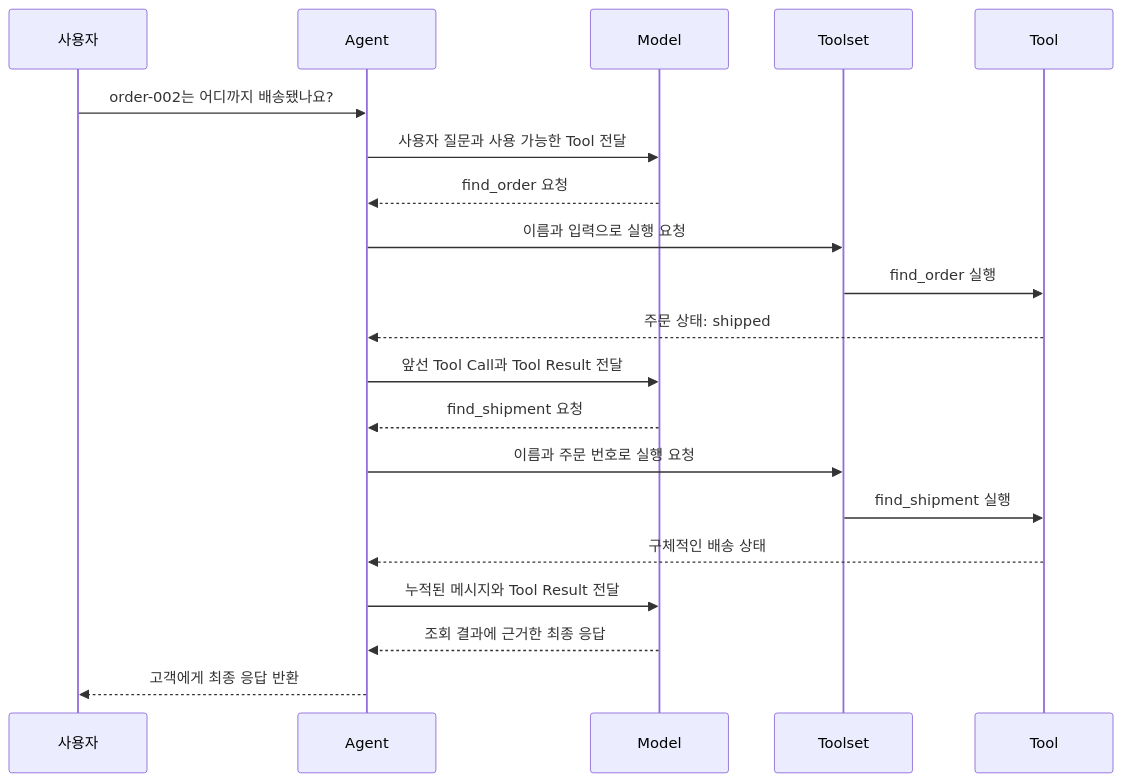
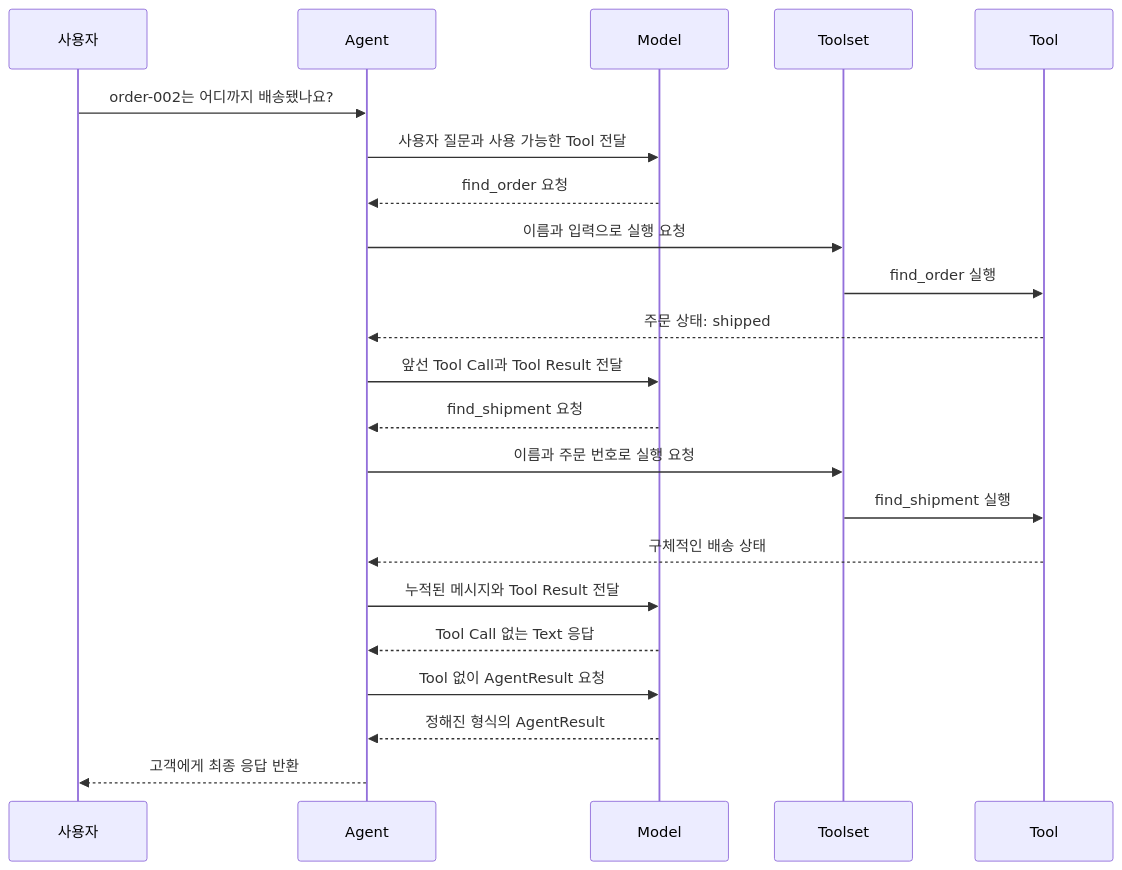
Before and after one commit to chahoseong/customer-support-agent: the diagram in docs/guides/agent-loop-with-tool-calling.md, drawn with Mermaid. The commit also changed other lines of this file and 3 other files, not shown here.

````diff
--- a/docs/guides/agent-loop-with-tool-calling.md
+++ b/docs/guides/agent-loop-with-tool-calling.md
@@ -73,23 +73,25 @@
 ```mermaid
 sequenceDiagram
     participant U as 사용자
     participant A as Agent
     participant M as Model
     participant TS as Toolset
     participant T as Tool
 
     U->>A: order-002는 어디까지 배송됐나요?
     A->>M: 사용자 질문과 사용 가능한 Tool 전달
     M-->>A: find_order 요청
     A->>TS: 이름과 입력으로 실행 요청
     TS->>T: find_order 실행
     T-->>A: 주문 상태: shipped
     A->>M: 앞선 Tool Call과 Tool Result 전달
     M-->>A: find_shipment 요청
     A->>TS: 이름과 주문 번호로 실행 요청
     TS->>T: find_shipment 실행
     T-->>A: 구체적인 배송 상태
     A->>M: 누적된 메시지와 Tool Result 전달
-    M-->>A: 조회 결과에 근거한 최종 응답
+    M-->>A: Tool Call 없는 Text 응답
+    A->>M: Tool 없이 AgentResult 요청
+    M-->>A: 정해진 형식의 AgentResult
     A-->>U: 고객에게 최종 응답 반환
 ```
````
